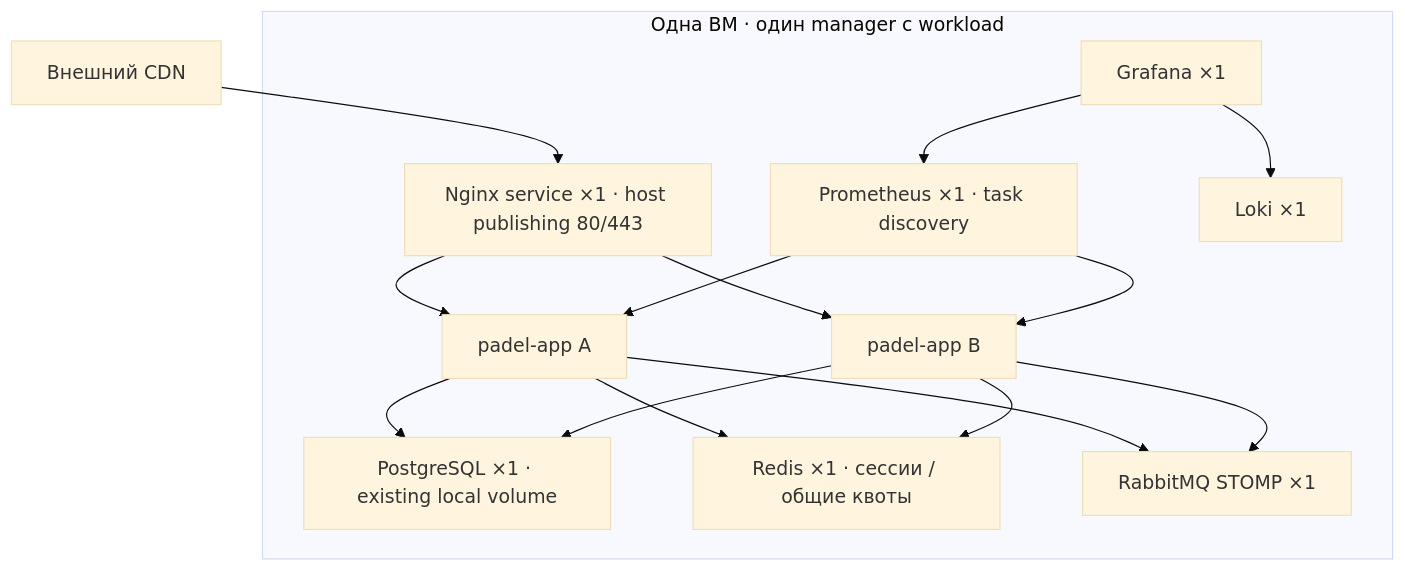
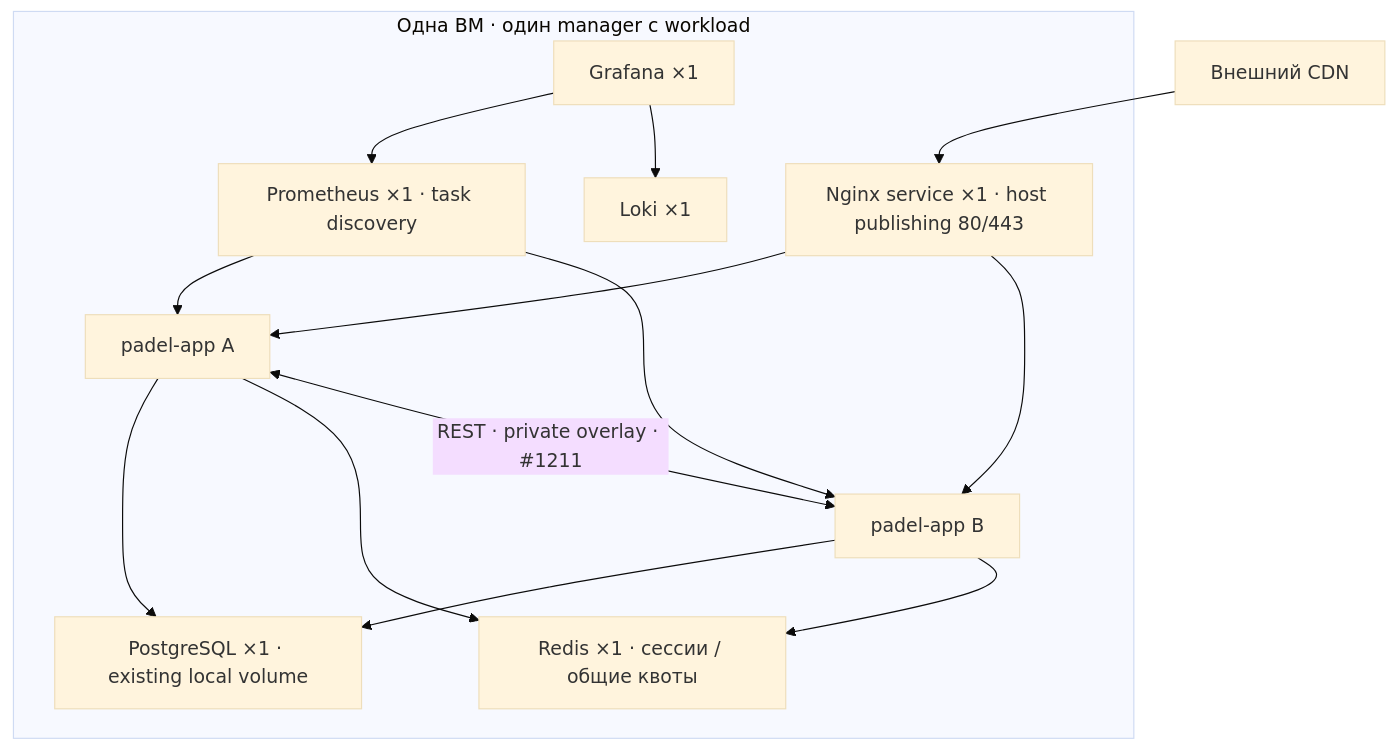
The diagram in docs/swarm/adr/0001-single-vm.md (UstinKO/padel-core-service), drawn with Mermaid (base theme) before and after one commit. The commit also changed other lines of this file and 17 other files, not shown here.

````diff
--- a/docs/swarm/adr/0001-single-vm.md
+++ b/docs/swarm/adr/0001-single-vm.md
@@ -19,18 +19,17 @@
 ```mermaid
 flowchart TD
     CDN["Внешний CDN"] --> N["Nginx service ×1 · host publishing 80/443"]
     subgraph VM["Одна ВМ · один manager с workload"]
       N --> A["padel-app A"]
       N --> B["padel-app B"]
       A --> PG["PostgreSQL ×1 · existing local volume"]
       B --> PG
       A --> Redis["Redis ×1 · сессии / общие квоты"]
       B --> Redis
-      A --> MQ["RabbitMQ STOMP ×1"]
-      B --> MQ
+      A <-->|"REST · private overlay · #1211"| B
       Prom["Prometheus ×1 · task discovery"] --> A
       Prom --> B
       Graf["Grafana ×1"] --> Prom
       Graf --> Loki["Loki ×1"]
     end
 ```
````
